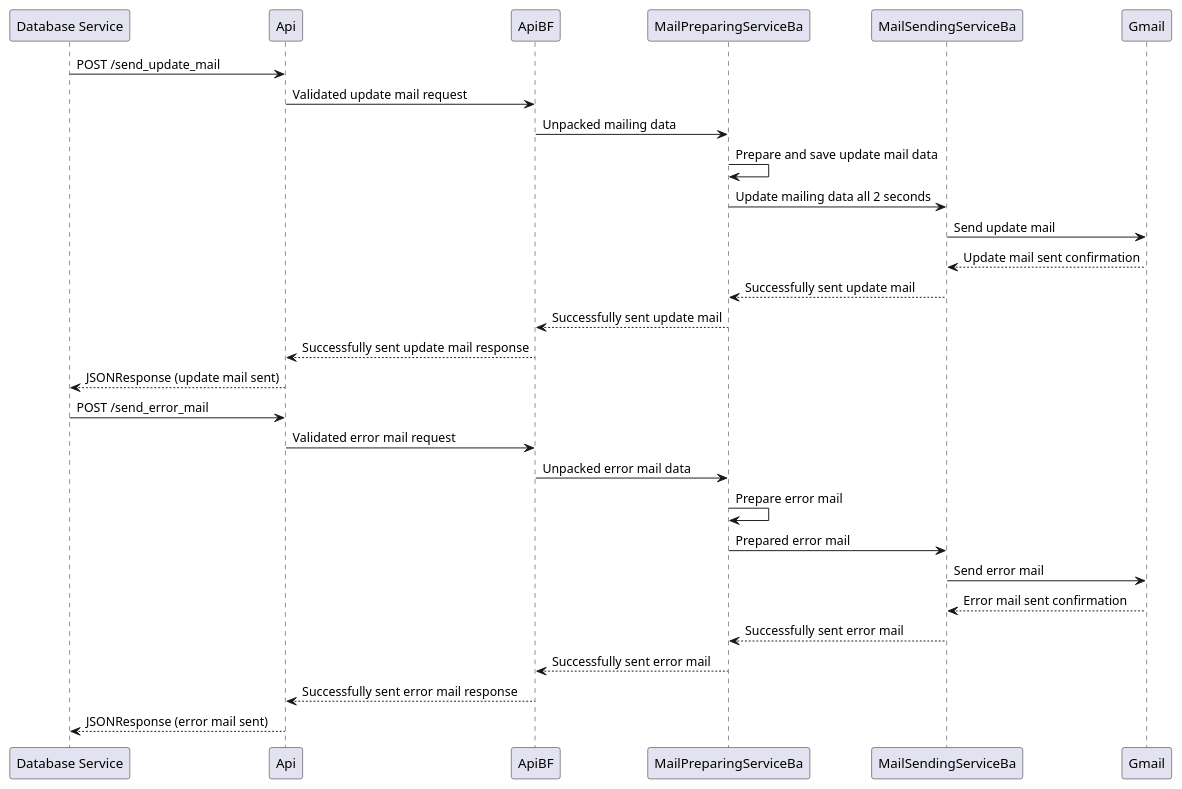
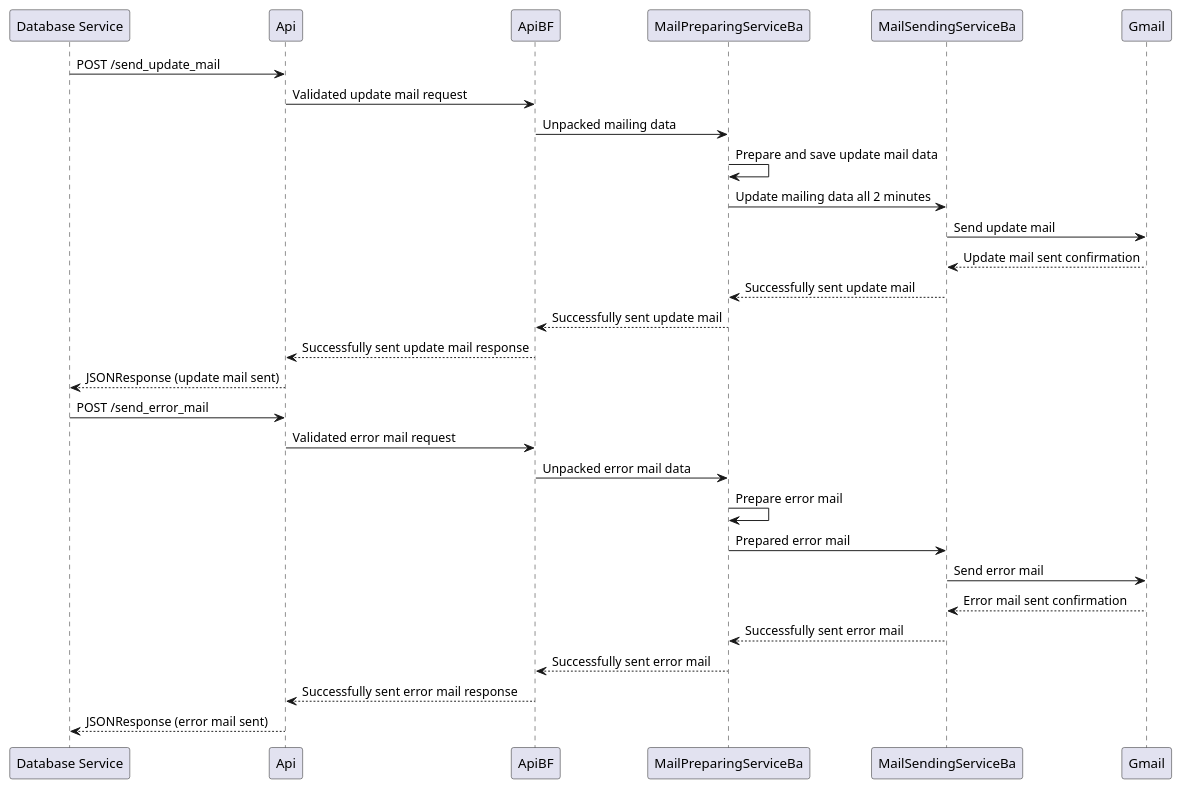
The diagram in doc/documentation/services/mailing_service/sequence_diagram.puml (Marcey1611/stock-tracker-project-sysad-ws2425), drawn with PlantUML before and after one commit.

Commit message:
SYSAD-54: Fixed Mailing Service sequence diagram.

```diff
--- a/doc/documentation/services/mailing_service/sequence_diagram.puml
+++ b/doc/documentation/services/mailing_service/sequence_diagram.puml
@@ -1,34 +1,34 @@
 @startuml
 
 participant "Database Service" as Database
 participant "Api" as API
 participant "ApiBF" as ApiBF
 participant "MailPreparingServiceBa" as MailPreparingService
 participant "MailSendingServiceBa" as MailSendingService
 participant "Gmail" as Gmail
 
 Database -> API: POST /send_update_mail
 API -> ApiBF: Validated update mail request
 ApiBF -> MailPreparingService: Unpacked mailing data
 MailPreparingService -> MailPreparingService: Prepare and save update mail data
-MailPreparingService -> MailSendingService: Update mailing data all 2 seconds
+MailPreparingService -> MailSendingService: Update mailing data all 2 minutes
 MailSendingService -> Gmail: Send update mail
 Gmail --> MailSendingService: Update mail sent confirmation
 MailSendingService --> MailPreparingService: Successfully sent update mail
 MailPreparingService --> ApiBF: Successfully sent update mail
 ApiBF --> API: Successfully sent update mail response
 API --> Database: JSONResponse (update mail sent)
 
 Database -> API: POST /send_error_mail
 API -> ApiBF: Validated error mail request
 ApiBF -> MailPreparingService: Unpacked error mail data
 MailPreparingService -> MailPreparingService: Prepare error mail
 MailPreparingService -> MailSendingService: Prepared error mail
 MailSendingService -> Gmail: Send error mail
 Gmail --> MailSendingService: Error mail sent confirmation
 MailSendingService --> MailPreparingService: Successfully sent error mail
 MailPreparingService --> ApiBF: Successfully sent error mail
 ApiBF --> API: Successfully sent error mail response
 API --> Database: JSONResponse (error mail sent)
 
 @enduml
```
